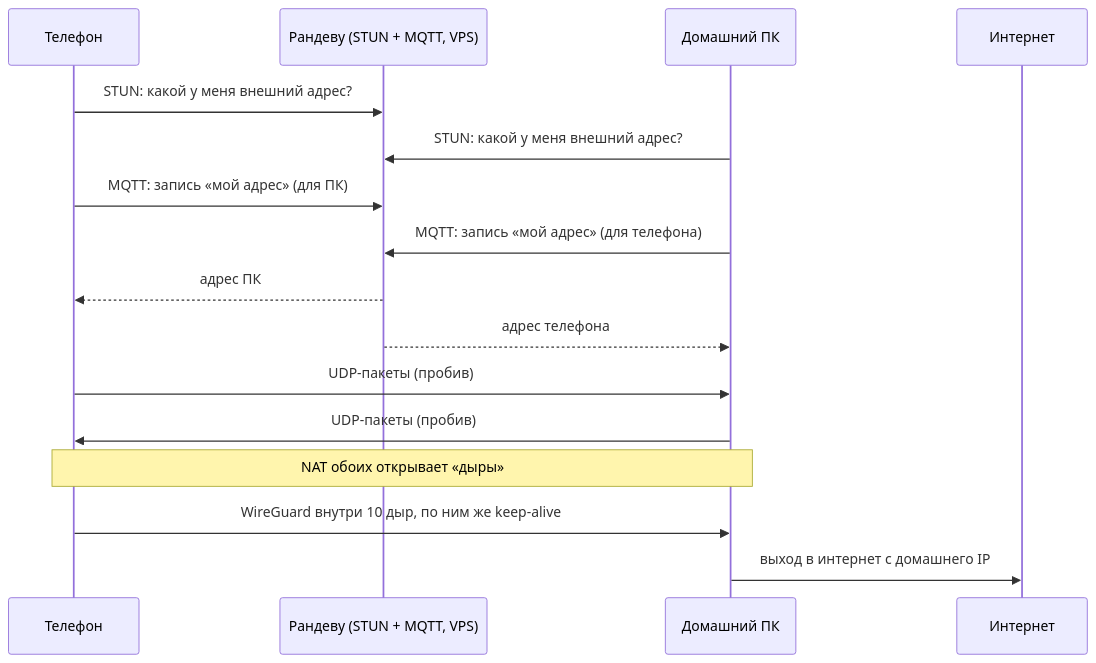
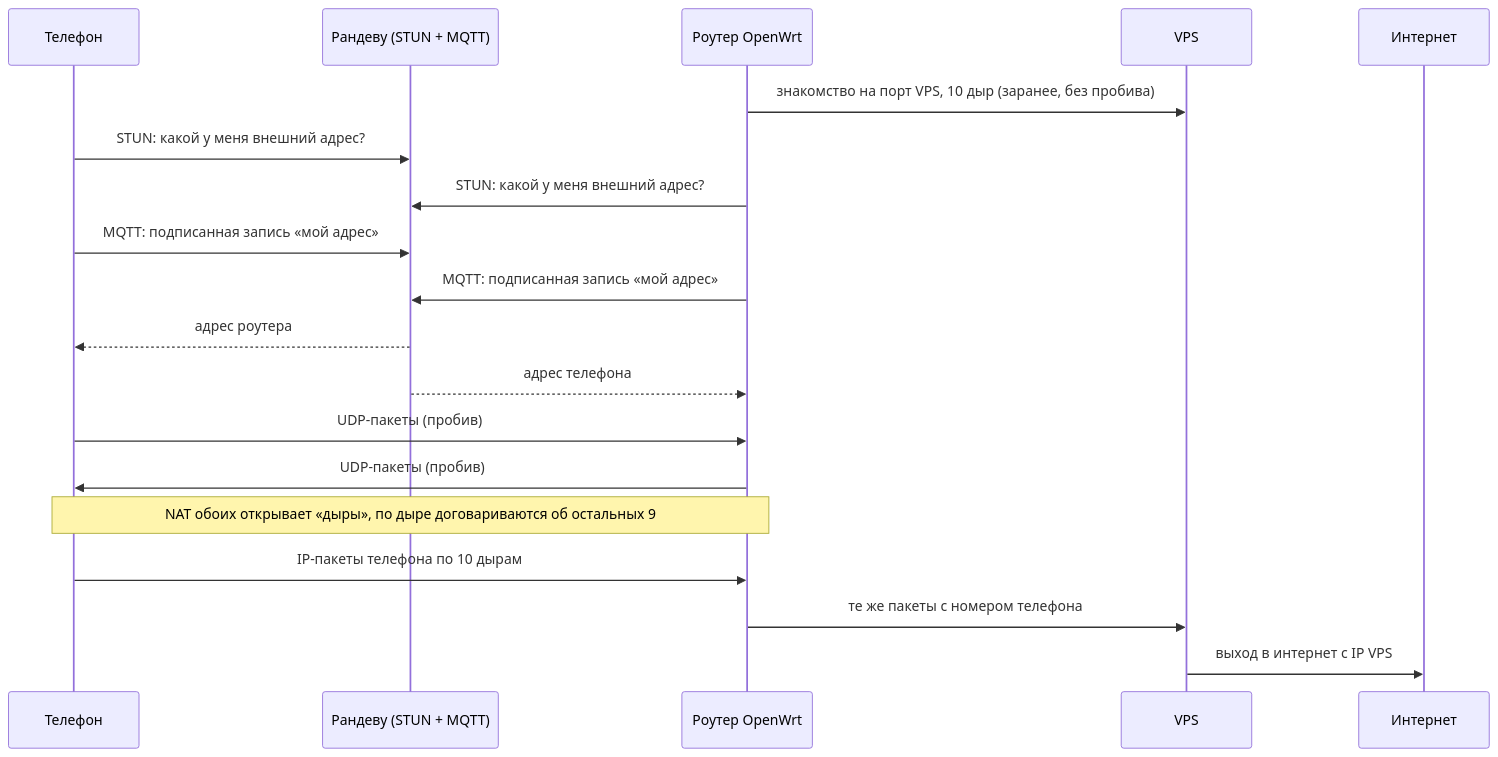
The second of 3 diagrams in README.md (sinushkin/home-proxy), drawn with Mermaid before and after one commit. The commit also changed other lines of this file, not shown here.

Commit message:
README: схема телефон -> роутер OpenWrt -> VPS без WireGuard, подпись пакетов

````diff
--- a/README.md
+++ b/README.md
@@ -36,18 +61,21 @@
 ```mermaid
 sequenceDiagram
     participant P as Телефон
-    participant R as Рандеву (STUN + MQTT, VPS)
-    participant H as Домашний ПК
+    participant R as Рандеву (STUN + MQTT)
+    participant H as Роутер OpenWrt
+    participant V as VPS
     participant I as Интернет
+    H->>V: знакомство на порт VPS, 10 дыр (заранее, без пробива)
     P->>R: STUN: какой у меня внешний адрес?
     H->>R: STUN: какой у меня внешний адрес?
-    P->>R: MQTT: запись «мой адрес» (для ПК)
-    H->>R: MQTT: запись «мой адрес» (для телефона)
-    R-->>P: адрес ПК
+    P->>R: MQTT: подписанная запись «мой адрес»
+    H->>R: MQTT: подписанная запись «мой адрес»
+    R-->>P: адрес роутера
     R-->>H: адрес телефона
     P->>H: UDP-пакеты (пробив)
     H->>P: UDP-пакеты (пробив)
-    Note over P,H: NAT обоих открывает «дыры»
-    P->>H: WireGuard внутри 10 дыр, по ним же keep-alive
-    H->>I: выход в интернет с домашнего IP
+    Note over P,H: NAT обоих открывает «дыры», по дыре договариваются об остальных 9
+    P->>H: IP-пакеты телефона по 10 дырам
+    H->>V: те же пакеты с номером телефона
+    V->>I: выход в интернет с IP VPS
 ```
````
